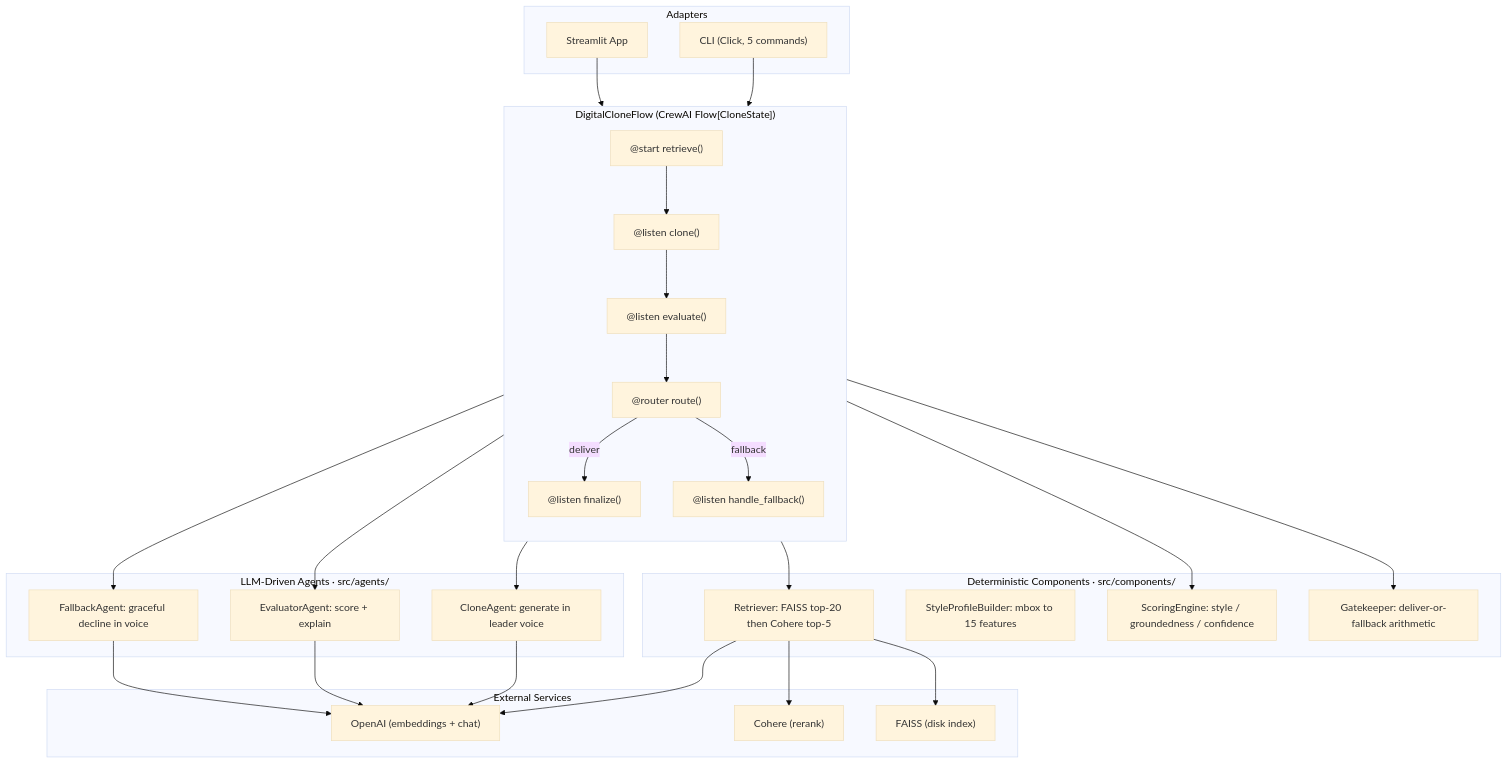
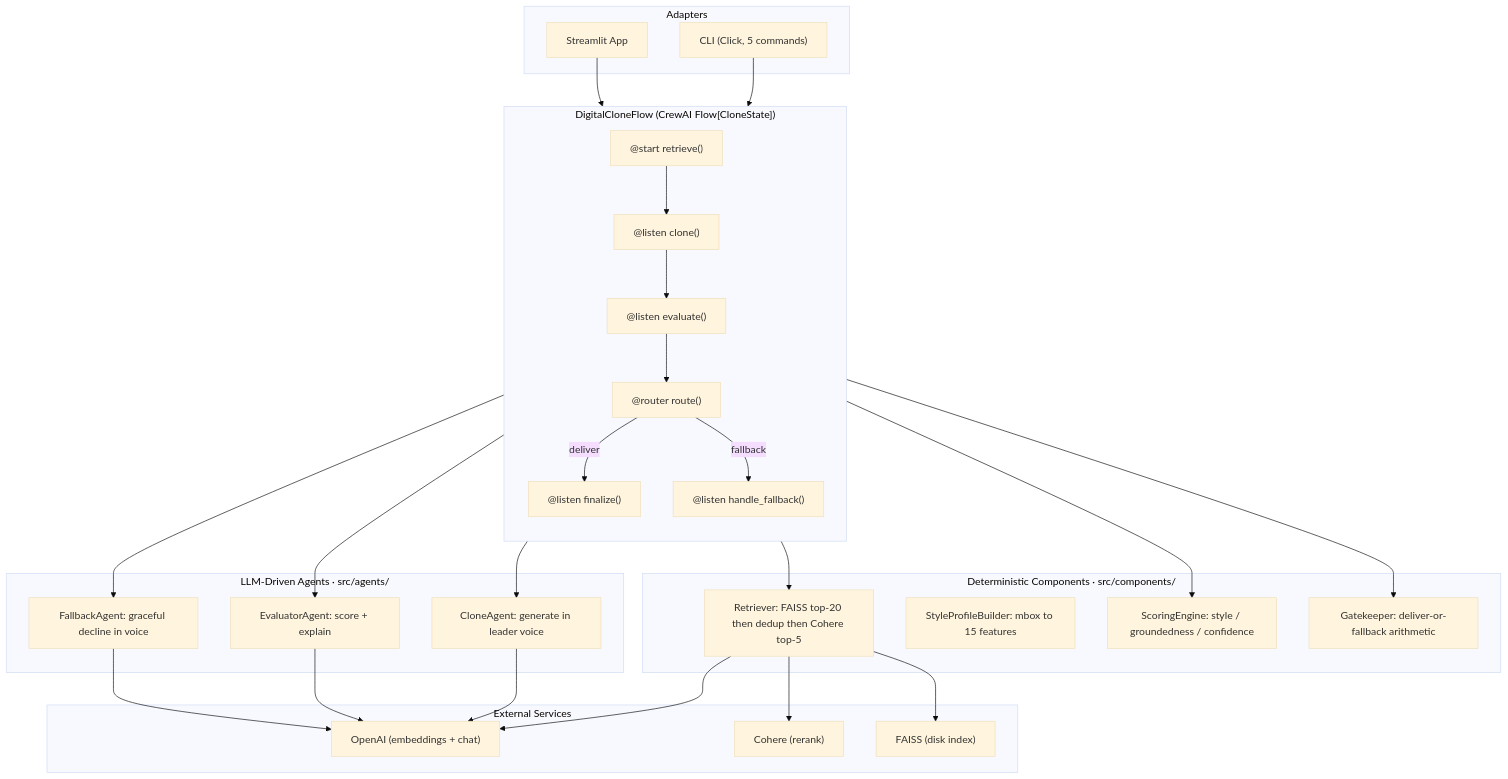
Before and after one commit to rubsj/ai-digital-clone: the diagram in README.md, drawn with Mermaid (base theme). The commit also changed other lines of this file and 3 other files, not shown here.

````diff
--- a/README.md
+++ b/README.md
@@ -12,54 +12,54 @@
 ```mermaid
 graph TB
     subgraph Adapters["Adapters"]
         CLI["CLI (Click, 5 commands)"]
         STA["Streamlit App"]
     end
 
     subgraph DCF["DigitalCloneFlow (CrewAI Flow[CloneState])"]
         direction TB
         step1["@start retrieve()"]
         step2["@listen clone()"]
         step3["@listen evaluate()"]
         step4["@router route()"]
         step5a["@listen finalize()"]
         step5b["@listen handle_fallback()"]
         step1 --> step2 --> step3 --> step4
         step4 -->|deliver| step5a
         step4 -->|fallback| step5b
     end
 
     subgraph LLM["LLM-Driven Agents · src/agents/"]
         CA["CloneAgent: generate in leader voice"]
         EA["EvaluatorAgent: score + explain"]
         FA["FallbackAgent: graceful decline in voice"]
     end
 
     subgraph DET["Deterministic Components · src/components/"]
-        RT["Retriever: FAISS top-20 then Cohere top-5"]
+        RT["Retriever: FAISS top-20 then dedup then Cohere top-5"]
         SPB["StyleProfileBuilder: mbox to 15 features"]
         SE["ScoringEngine: style / groundedness / confidence"]
         GK["Gatekeeper: deliver-or-fallback arithmetic"]
     end
 
     subgraph EXT["External Services"]
         OAI["OpenAI (embeddings + chat)"]
         COH["Cohere (rerank)"]
         FSS["FAISS (disk index)"]
     end
 
     CLI --> DCF
     STA --> DCF
     step1 --> RT
     step2 --> CA
     step3 --> EA
     step3 --> SE
     step4 --> GK
     step5b --> FA
     RT --> OAI
     RT --> FSS
     RT --> COH
     CA --> OAI
     EA --> OAI
     FA --> OAI
 ```
````
